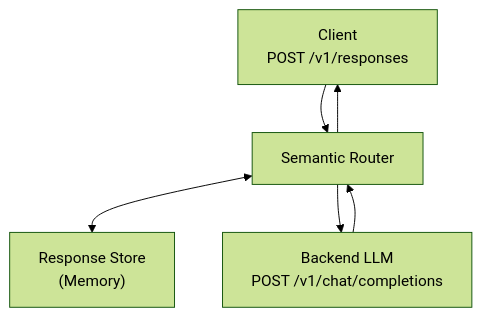
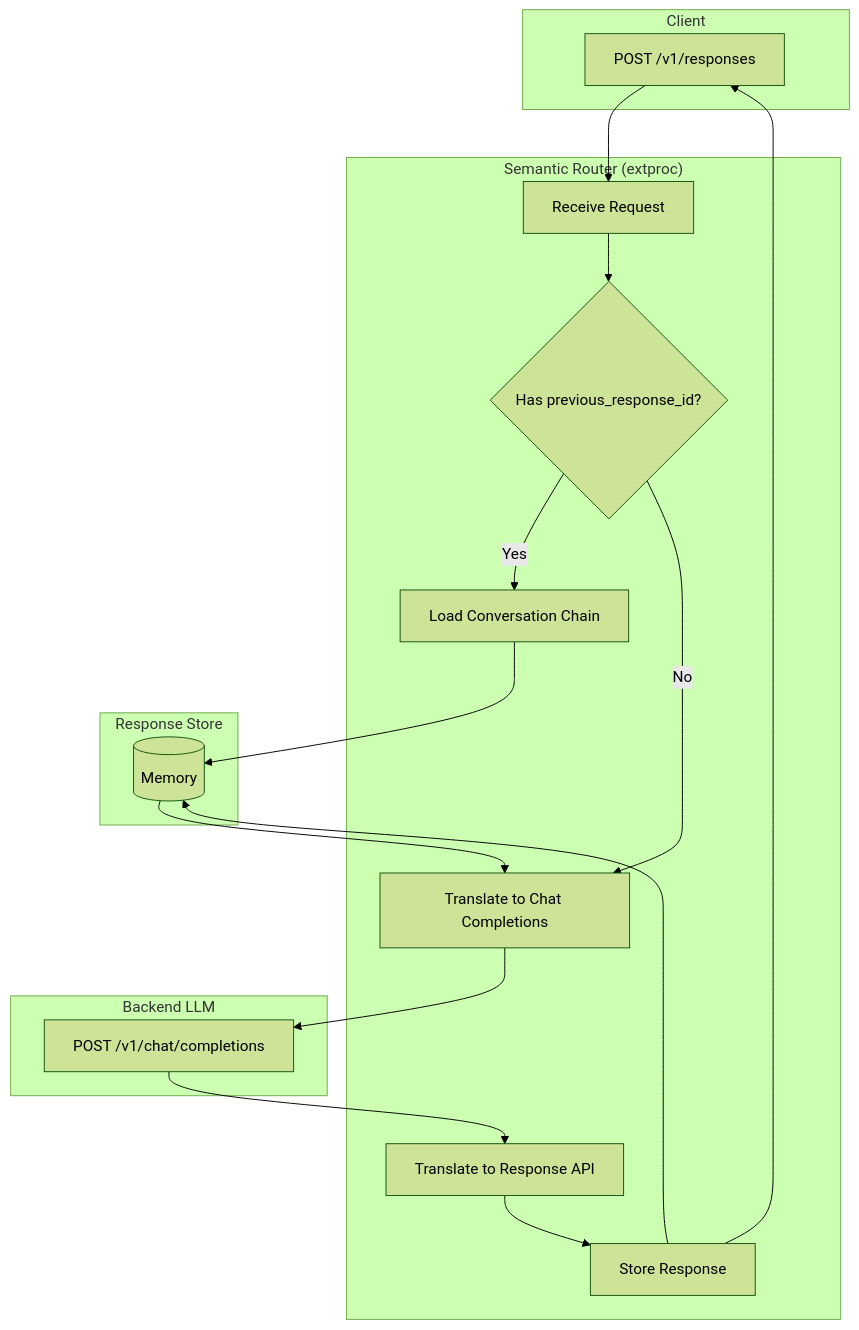
Before and after one commit to vllm-project/semantic-router: the diagram in website/docs/tutorials/intelligent-route/router-memory.md, drawn with Mermaid (forest theme).

Commit message:
docs: add detailed request flow diagram to Router Memory guide

````diff
--- a/website/docs/tutorials/intelligent-route/router-memory.md
+++ b/website/docs/tutorials/intelligent-route/router-memory.md
@@ -7,13 +7,35 @@
 ```mermaid
 flowchart TB
-    Client["Client<br/>POST /v1/responses"]
-    Router["Semantic Router"]
-    Store["Response Store<br/>(Memory)"]
-    Backend["Backend LLM<br/>POST /v1/chat/completions"]
+    subgraph Client
+        A1[POST /v1/responses]
+    end
 
-    Client --> Router
-    Router <--> Store
-    Router --> Backend
-    Backend --> Router
-    Router --> Client
+    subgraph Router["Semantic Router (extproc)"]
+        B1[Receive Request]
+        B2{Has previous_response_id?}
+        B3[Load Conversation Chain]
+        B4[Translate to Chat Completions]
+        B5[Translate to Response API]
+        B6[Store Response]
+    end
+
+    subgraph Store["Response Store"]
+        C1[(Memory)]
+    end
+
+    subgraph Backend["Backend LLM"]
+        D1[POST /v1/chat/completions]
+    end
+
+    A1 --> B1
+    B1 --> B2
+    B2 -->|Yes| B3
+    B2 -->|No| B4
+    B3 --> C1
+    C1 --> B4
+    B4 --> D1
+    D1 --> B5
+    B5 --> B6
+    B6 --> C1
+    B6 --> A1
 ```
````
